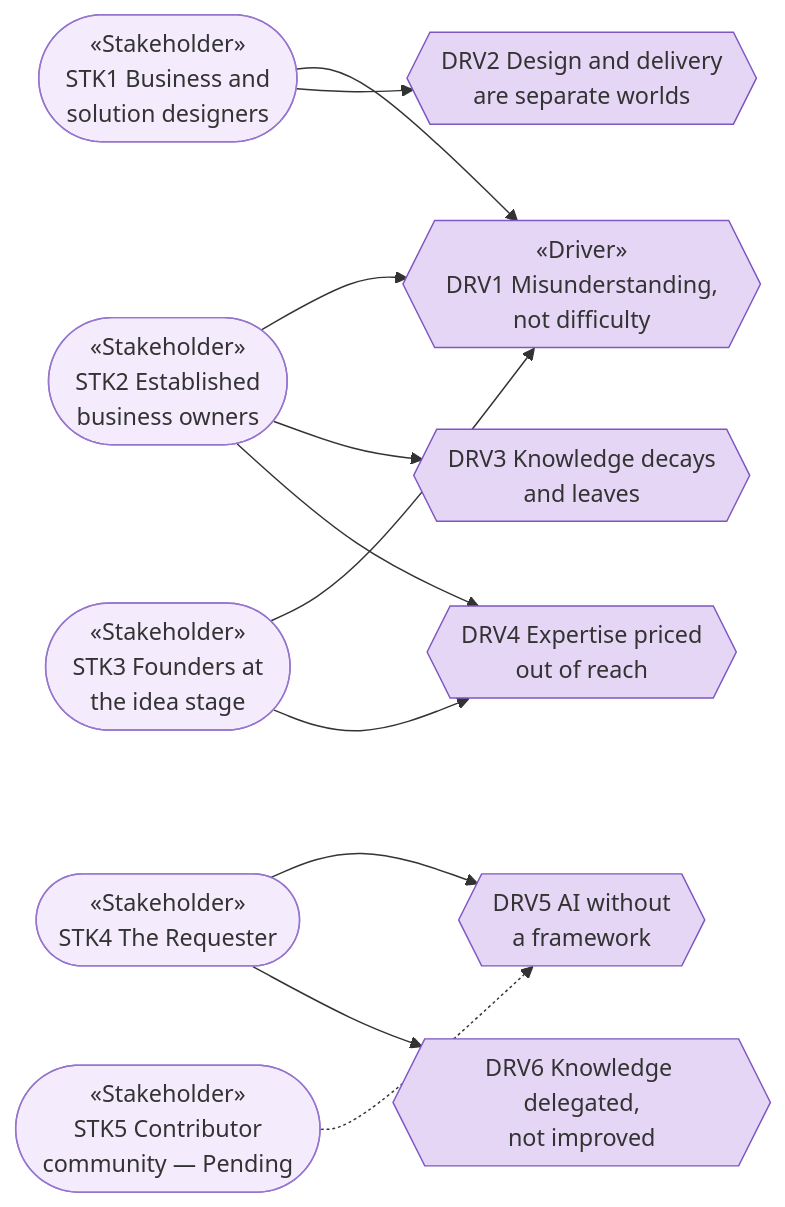
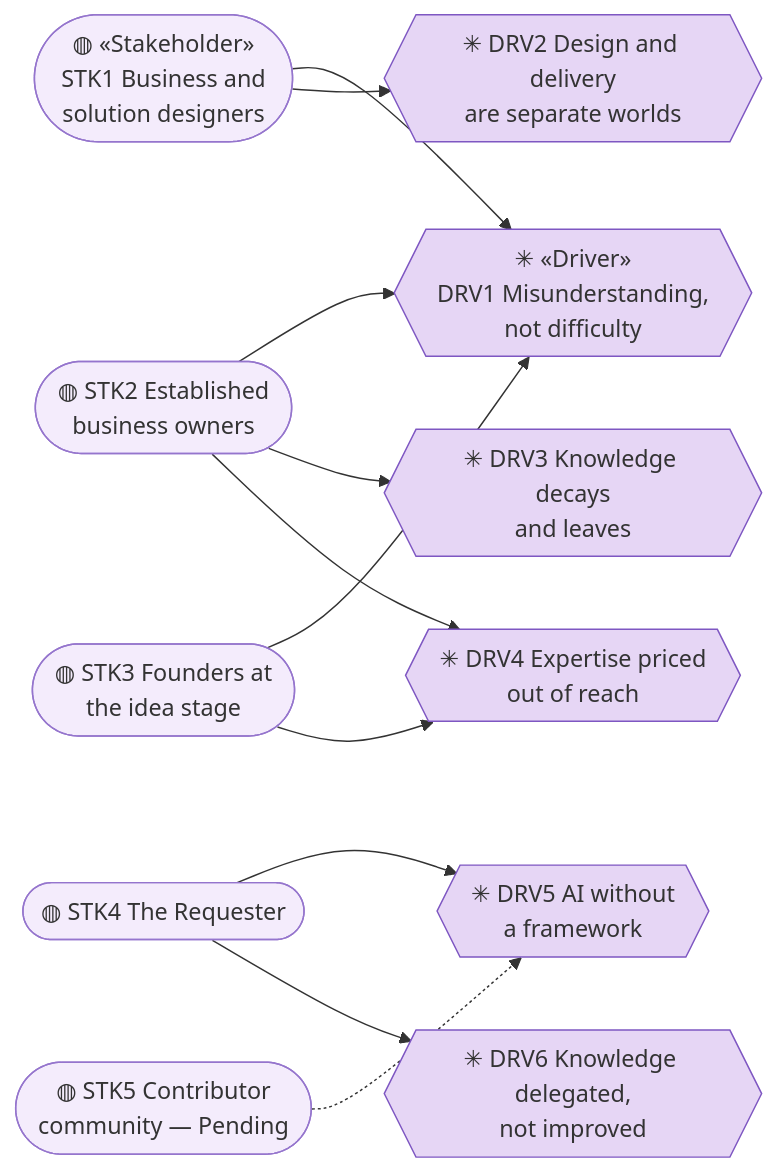
Before and after one commit to roanboc/architecture-archreator: the second of 7 diagrams in organization/docs/ea/1_strategy/1_motivation.md, drawn with Mermaid. The commit also changed other lines of this file and 7 other files, not shown here.

````diff
--- a/organization/docs/ea/1_strategy/1_motivation.md
+++ b/organization/docs/ea/1_strategy/1_motivation.md
@@ -73,29 +80,29 @@
 ```mermaid
 flowchart LR
-  stk1(["«Stakeholder»<br>STK1 Business and<br>solution designers"]):::stakeholder
-  stk2(["«Stakeholder»<br>STK2 Established<br>business owners"]):::stakeholder
-  stk3(["«Stakeholder»<br>STK3 Founders at<br>the idea stage"]):::stakeholder
-  stk4(["«Stakeholder»<br>STK4 The Requester"]):::stakeholder
-  stk5(["«Stakeholder»<br>STK5 Contributor<br>community — Pending"]):::stakeholder
+  stk1(["◍ «Stakeholder»<br>STK1 Business and<br>solution designers"]):::stakeholder
+  stk2(["◍ STK2 Established<br>business owners"]):::stakeholder
+  stk3(["◍ STK3 Founders at<br>the idea stage"]):::stakeholder
+  stk4(["◍ STK4 The Requester"]):::stakeholder
+  stk5(["◍ STK5 Contributor<br>community — Pending"]):::stakeholder
 
-  drv1{{"«Driver»<br>DRV1 Misunderstanding,<br>not difficulty"}}:::driver
-  drv2{{"DRV2 Design and delivery<br>are separate worlds"}}:::driver
-  drv3{{"DRV3 Knowledge decays<br>and leaves"}}:::driver
-  drv4{{"DRV4 Expertise priced<br>out of reach"}}:::driver
-  drv5{{"DRV5 AI without<br>a framework"}}:::driver
-  drv6{{"DRV6 Knowledge delegated,<br>not improved"}}:::driver
+  drv1{{"✳ «Driver»<br>DRV1 Misunderstanding,<br>not difficulty"}}:::driver
+  drv2{{"✳ DRV2 Design and delivery<br>are separate worlds"}}:::driver
+  drv3{{"✳ DRV3 Knowledge decays<br>and leaves"}}:::driver
+  drv4{{"✳ DRV4 Expertise priced<br>out of reach"}}:::driver
+  drv5{{"✳ DRV5 AI without<br>a framework"}}:::driver
+  drv6{{"✳ DRV6 Knowledge delegated,<br>not improved"}}:::driver
 
   stk1 --> drv1
   stk1 --> drv2
   stk2 --> drv1
   stk2 --> drv3
   stk2 --> drv4
   stk3 --> drv1
   stk3 --> drv4
   stk4 --> drv5
   stk4 --> drv6
   stk5 -.-> drv5
 
   classDef stakeholder fill:#f4ecfc,stroke:#9575cd,color:#333
   classDef driver fill:#e6d6f5,stroke:#7e57c2,color:#333
 ```
````
